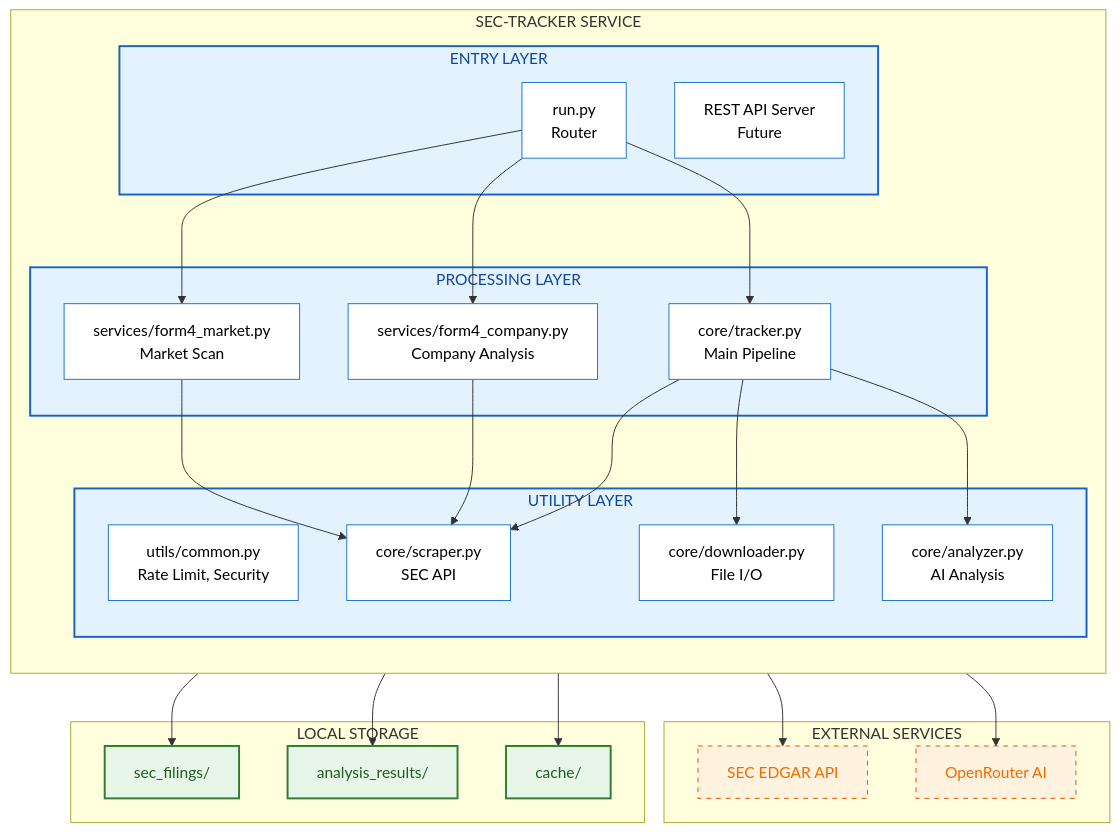
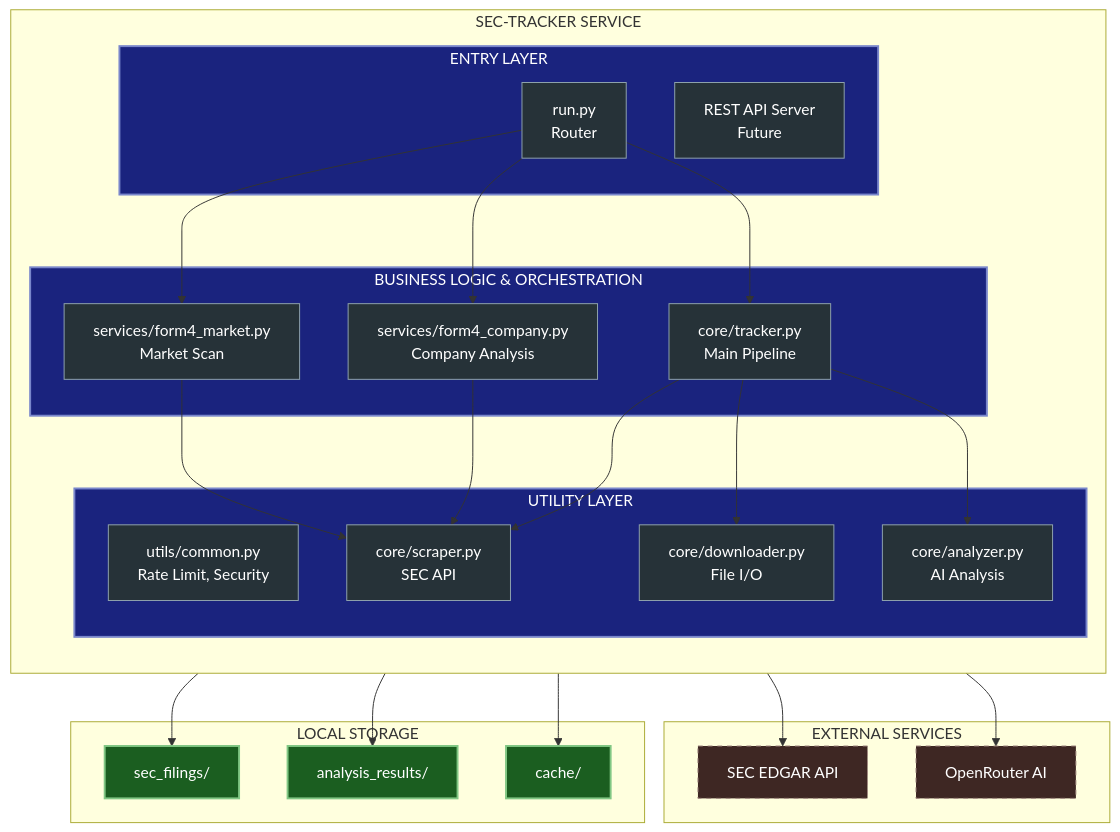
One commit to undeemed/SEC-Tracker changed the second of 4 diagrams in WALKTHROUGH.md. Above: the diagram before and after it, drawn with Mermaid. The commit also changed other lines of this file, not shown here.

````diff
--- a/WALKTHROUGH.md
+++ b/WALKTHROUGH.md
@@ -48,63 +48,63 @@
 ```mermaid
 graph TD
-    %% Color Palette
-    classDef layer fill:#e3f2fd,stroke:#1565c0,stroke-width:2px,color:#0d47a1;
-    classDef component fill:#ffffff,stroke:#1976d2,stroke-width:1px,color:#000000;
-    classDef external fill:#fff3e0,stroke:#e65100,stroke-dasharray: 5 5,color:#ef6c00;
-    classDef storage fill:#e8f5e9,stroke:#2e7d32,stroke-width:2px,color:#1b5e20;
+    %% Color Palette - Dark Mode
+    classDef layer fill:#1a237e,stroke:#7986cb,stroke-width:2px,color:#ffffff;
+    classDef component fill:#263238,stroke:#90a4ae,stroke-width:1px,color:#ffffff;
+    classDef external fill:#3e2723,stroke:#a1887f,stroke-dasharray: 5 5,color:#ffffff;
+    classDef storage fill:#1b5e20,stroke:#81c784,stroke-width:2px,color:#ffffff;
 
     subgraph Service[SEC-TRACKER SERVICE]
         direction TB
 
         subgraph Entry[ENTRY LAYER]
             RunPy[run.py<br/>Router]:::component
             API[REST API Server<br/>Future]:::component
         end
 
-        subgraph Process[PROCESSING LAYER]
+        subgraph Process[BUSINESS LOGIC & ORCHESTRATION]
             Tracker[core/tracker.py<br/>Main Pipeline]:::component
             Form4Co[services/form4_company.py<br/>Company Analysis]:::component
             Form4Mkt[services/form4_market.py<br/>Market Scan]:::component
         end
 
         subgraph UtilsLayer[UTILITY LAYER]
             Common[utils/common.py<br/>Rate Limit, Security]:::component
             Scraper[core/scraper.py<br/>SEC API]:::component
             Downloader[core/downloader.py<br/>File I/O]:::component
             Analyzer[core/analyzer.py<br/>AI Analysis]:::component
         end
 
         Entry:::layer
         Process:::layer
         UtilsLayer:::layer
     end
 
     subgraph External[EXTERNAL SERVICES]
         SEC[SEC EDGAR API]:::external
         OpenRouter[OpenRouter AI]:::external
     end
 
     subgraph Storage[LOCAL STORAGE]
         Filings[sec_filings/]:::storage
         Results[analysis_results/]:::storage
         Cache[cache/]:::storage
     end
 
     RunPy --> Tracker
     RunPy --> Form4Co
     RunPy --> Form4Mkt
 
     Tracker --> Scraper
     Tracker --> Downloader
     Tracker --> Analyzer
 
     Form4Co --> Scraper
     Form4Mkt --> Scraper
 
     Scraper --> SEC
     Analyzer --> OpenRouter
 
     Downloader --> Filings
     Analyzer --> Results
     Common --> Cache
 ```
````
